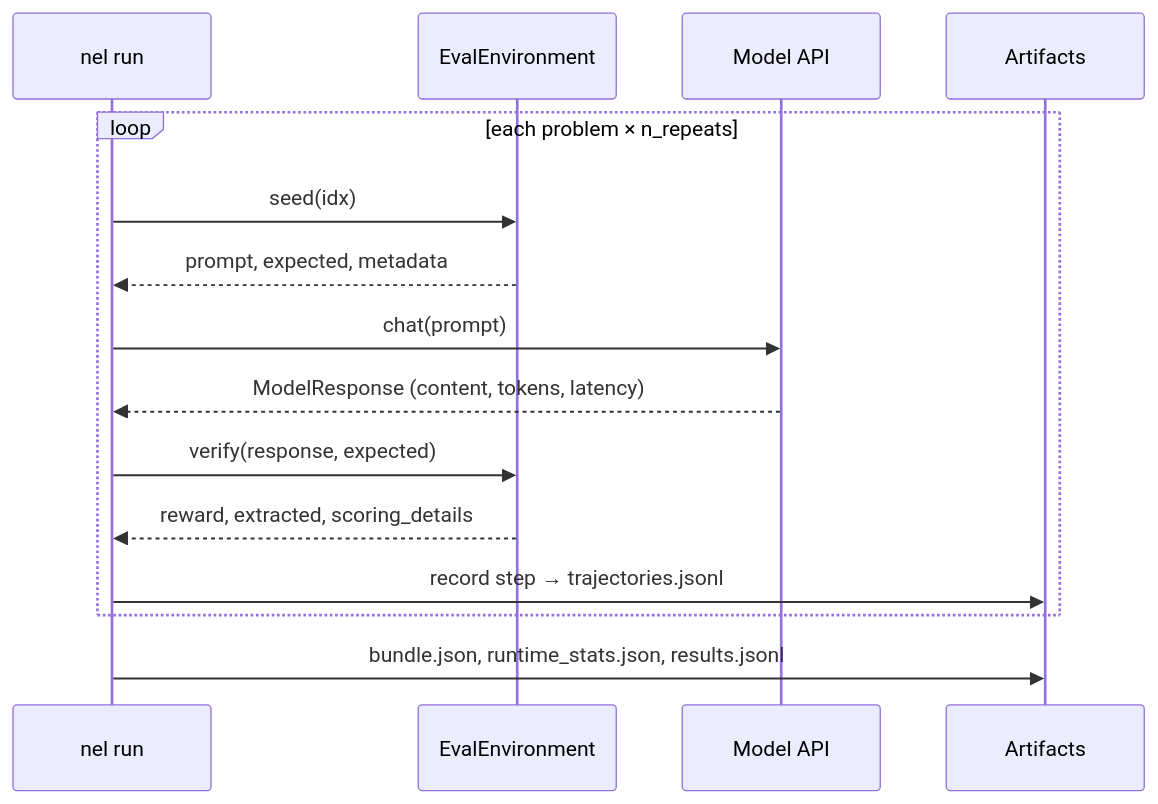
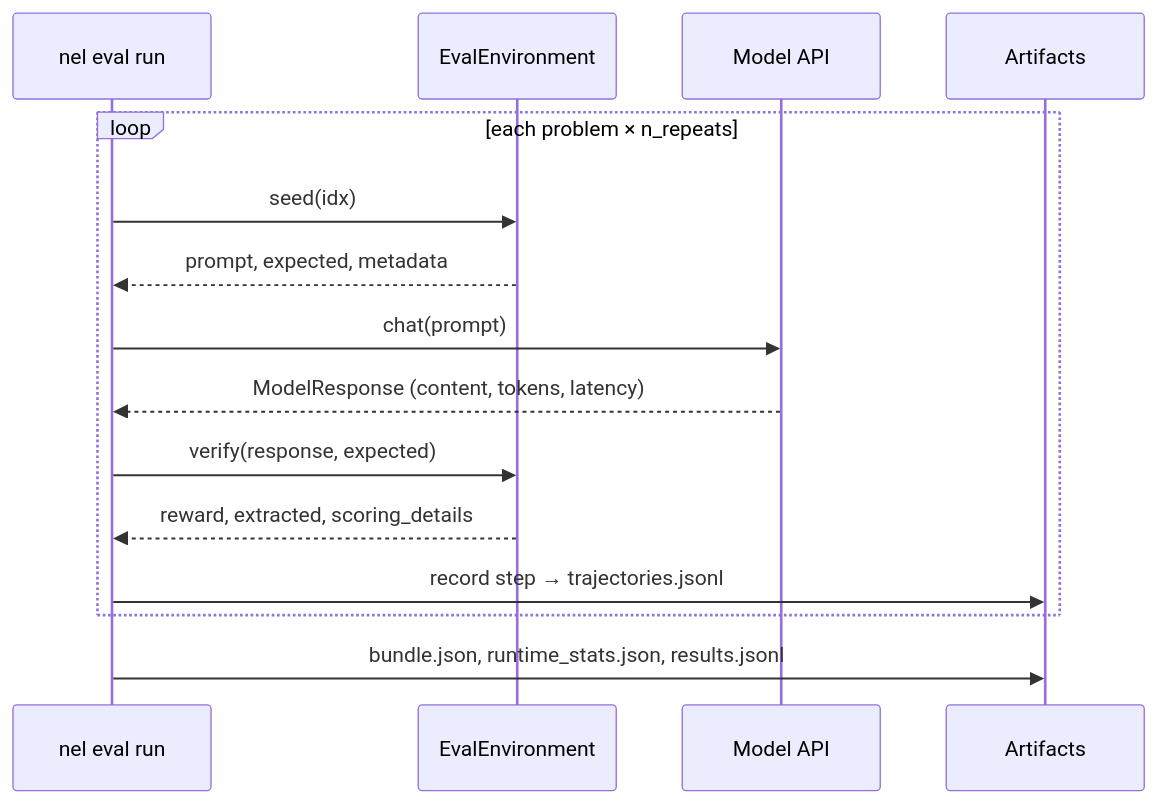
One commit to NVIDIA-NeMo/Evaluator changed the second of 5 diagrams in docs/deployment-patterns.md. Above: the diagram before and after it, drawn with Mermaid. The commit also changed other lines of this file and 84 other files, not shown here.

````diff
--- a/docs/deployment-patterns.md
+++ b/docs/deployment-patterns.md
@@ -81,18 +82,18 @@
 ```{mermaid}
 sequenceDiagram
-    participant CLI as nel run
+    participant CLI as nel eval run
     participant Env as EvalEnvironment
     participant Model as Model API
     participant Disk as Artifacts
 
     loop each problem × n_repeats
         CLI->>Env: seed(idx)
         Env-->>CLI: prompt, expected, metadata
         CLI->>Model: chat(prompt)
         Model-->>CLI: ModelResponse (content, tokens, latency)
         CLI->>Env: verify(response, expected)
         Env-->>CLI: reward, extracted, scoring_details
         CLI->>Disk: record step → trajectories.jsonl
     end
     CLI->>Disk: bundle.json, runtime_stats.json, results.jsonl
 ```
````
